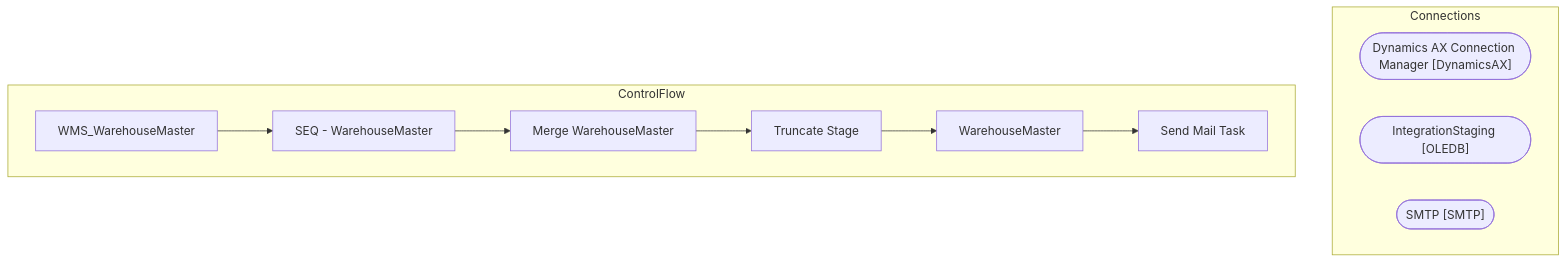
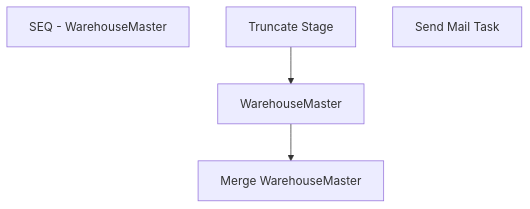
Before and after one commit to juanandresbrain/BABSkills: the diagram in bab-docs-explorer/Documentation/STL-SSIS-P-01/SSIS/WMS/WMS_WarehouseMaster.WMS_WarehouseMaster.md, drawn with Mermaid. The commit also changed other lines of this file and 273 other files, not shown here.

````diff
--- a/bab-docs-explorer/Documentation/STL-SSIS-P-01/SSIS/WMS/WMS_WarehouseMaster.WMS_WarehouseMaster.md
+++ b/bab-docs-explorer/Documentation/STL-SSIS-P-01/SSIS/WMS/WMS_WarehouseMaster.WMS_WarehouseMaster.md
@@ -9,21 +38,10 @@
 ```mermaid
 flowchart TD
-    subgraph Connections
-        Dynamics_AX_Connection_Manager_conn(["Dynamics AX Connection Manager [DynamicsAX]"])
-        IntegrationStaging_conn(["IntegrationStaging [OLEDB]"])
-        SMTP_conn(["SMTP [SMTP]"])
-    end
-    subgraph ControlFlow
-        WMS_WarehouseMaster_task["WMS_WarehouseMaster"]
-        SEQ___WarehouseMaster_task["SEQ - WarehouseMaster"]
-        WMS_WarehouseMaster_task --> SEQ___WarehouseMaster_task
-        Merge_WarehouseMaster_task["Merge WarehouseMaster"]
-        SEQ___WarehouseMaster_task --> Merge_WarehouseMaster_task
-        Truncate_Stage_task["Truncate Stage"]
-        Merge_WarehouseMaster_task --> Truncate_Stage_task
-        WarehouseMaster_task["WarehouseMaster"]
-        Truncate_Stage_task --> WarehouseMaster_task
-        Send_Mail_Task_task["Send Mail Task"]
-        WarehouseMaster_task --> Send_Mail_Task_task
-    end
+    n_Package_SEQ___WarehouseMaster["SEQ - WarehouseMaster"]
+    n_Package_SEQ___WarehouseMaster_Merge_WarehouseMaster["Merge WarehouseMaster"]
+    n_Package_SEQ___WarehouseMaster_Truncate_Stage["Truncate Stage"]
+    n_Package_SEQ___WarehouseMaster_WarehouseMaster["WarehouseMaster"]
+    n_Package_EventHandlers_OnError__Send_Mail_Task["Send Mail Task"]
+    n_Package_SEQ___WarehouseMaster_Truncate_Stage --> n_Package_SEQ___WarehouseMaster_WarehouseMaster
+    n_Package_SEQ___WarehouseMaster_WarehouseMaster --> n_Package_SEQ___WarehouseMaster_Merge_WarehouseMaster
 ```
````
